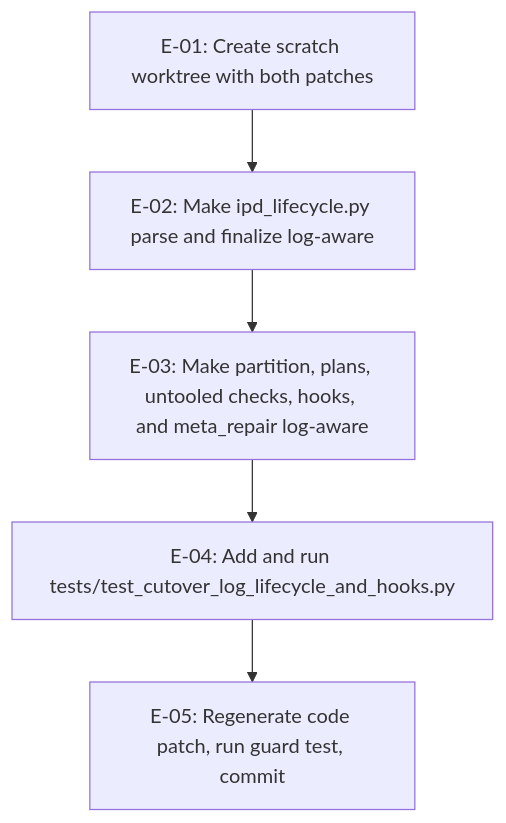
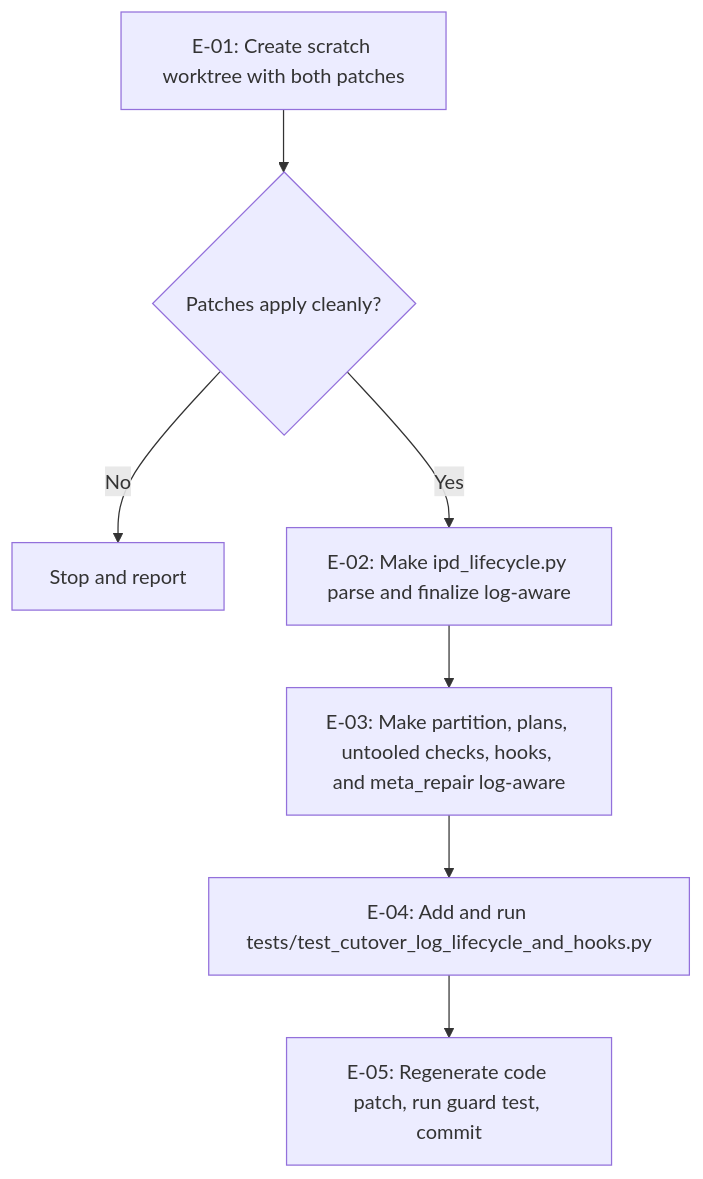
The diagram in .aw/records/plans/pending/20261126-metastore-316-otin36-make-ipd-lifecycle-partition-plans-untooled-range-hooks-and.ipd.md (fariello/agent-workflows), drawn with Mermaid before and after one commit. The commit also changed other lines of this file and 1 other file, not shown here.

````diff
--- a/.aw/records/plans/pending/20261126-metastore-316-otin36-make-ipd-lifecycle-partition-plans-untooled-range-hooks-and.ipd.md
+++ b/.aw/records/plans/pending/20261126-metastore-316-otin36-make-ipd-lifecycle-partition-plans-untooled-range-hooks-and.ipd.md
@@ -114,7 +116,9 @@
 ```mermaid
 flowchart TD
-    E01["E-01: Create scratch worktree with both patches"] --> E02["E-02: Make ipd_lifecycle.py parse and finalize log-aware"]
+    E01["E-01: Create scratch worktree with both patches"] --> P{"Patches apply cleanly?"}
+    P -->|No| STOP["Stop and report"]
+    P -->|Yes| E02["E-02: Make ipd_lifecycle.py parse and finalize log-aware"]
     E02 --> E03["E-03: Make partition, plans, untooled checks, hooks, and meta_repair log-aware"]
     E03 --> E04["E-04: Add and run tests/test_cutover_log_lifecycle_and_hooks.py"]
     E04 --> E05["E-05: Regenerate code patch, run guard test, commit"]
 ```
````
